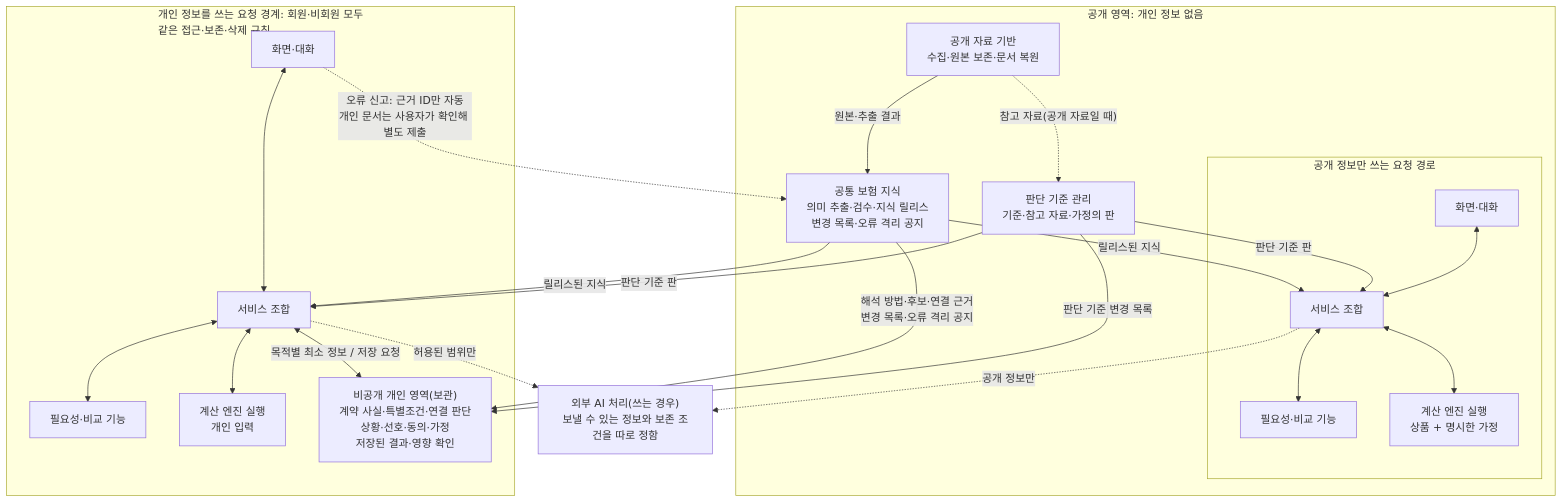
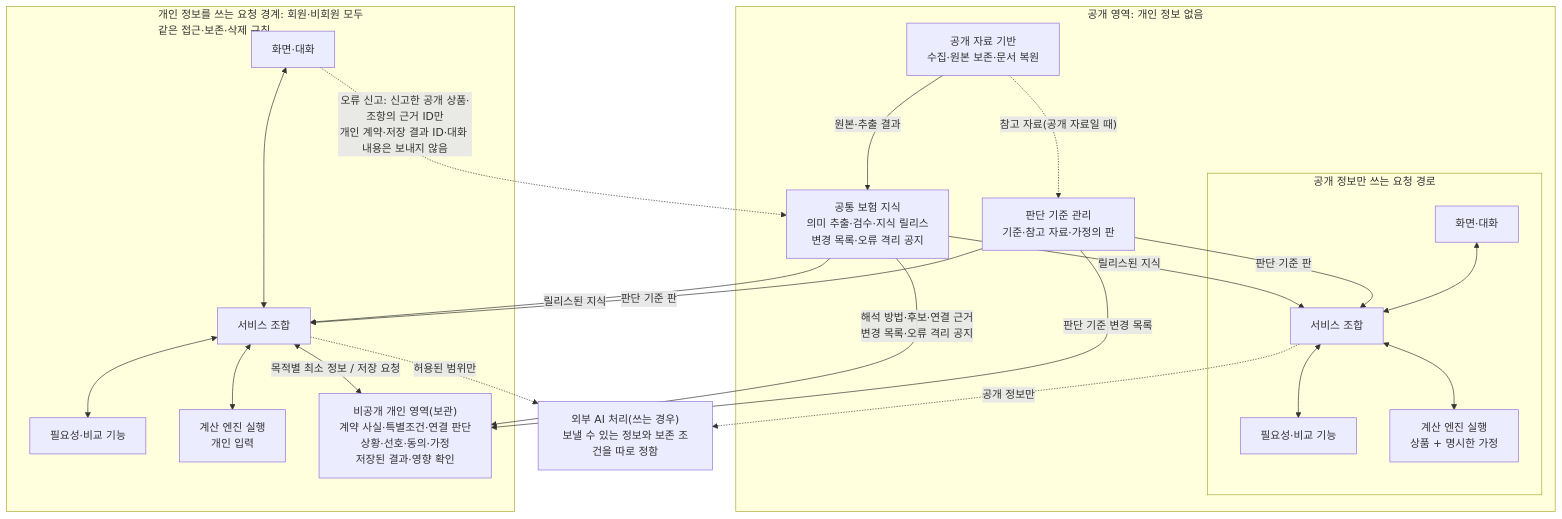
One commit to SUNBURN-Golden/ONJEON changed the diagram in docs/blueprint/proposals/전체_구조_1차_정리.md. Above: the diagram before and after it, drawn with Mermaid. The commit also changed other lines of this file and 8 other files, not shown here.

````diff
--- a/docs/blueprint/proposals/전체_구조_1차_정리.md
+++ b/docs/blueprint/proposals/전체_구조_1차_정리.md
@@ -11,41 +13,41 @@
 ```mermaid
 flowchart TB
   subgraph PUB["공개 영역: 개인 정보 없음"]
     A["공개 자료 기반<br/>수집·원본 보존·문서 복원"]
     B["공통 보험 지식<br/>의미 추출·검수·지식 릴리스<br/>변경 목록·오류 격리 공지"]
     C["판단 기준 관리<br/>기준·참고 자료·가정의 판"]
     subgraph PUBREQ["공개 정보만 쓰는 요청 경로"]
       H1["화면·대화"]
       G1["서비스 조합"]
       F1["필요성·비교 기능"]
       D1["계산 엔진 실행<br/>상품 + 명시한 가정"]
     end
   end
   subgraph PRB["개인 정보를 쓰는 요청 경계: 회원·비회원 모두<br/>같은 접근·보존·삭제 규칙"]
     H2["화면·대화"]
     G2["서비스 조합"]
     F2["필요성·비교 기능"]
     D2["계산 엔진 실행<br/>개인 입력"]
     E["비공개 개인 영역(보관)<br/>계약 사실·특별조건·연결 판단<br/>상황·선호·동의·가정<br/>저장된 결과·영향 확인"]
   end
   X["외부 AI 처리(쓰는 경우)<br/>보낼 수 있는 정보와 보존 조건을 따로 정함"]
 
   A -->|"원본·추출 결과"| B
   A -.->|"참고 자료(공개 자료일 때)"| C
   B -->|"릴리스된 지식"| G1
   C -->|"판단 기준 판"| G1
   H1 <--> G1
   G1 <--> F1
   G1 <--> D1
   B -->|"릴리스된 지식"| G2
   C -->|"판단 기준 판"| G2
   B -->|"해석 방법·후보·연결 근거<br/>변경 목록·오류 격리 공지"| E
   C -->|"판단 기준 변경 목록"| E
   H2 <--> G2
   G2 <--> F2
   G2 <--> D2
   G2 <-->|"목적별 최소 정보 / 저장 요청"| E
   G1 -.->|"공개 정보만"| X
   G2 -.->|"허용된 범위만"| X
-  H2 -.->|"오류 신고: 근거 ID만 자동<br/>개인 문서는 사용자가 확인해 별도 제출"| B
+  H2 -.->|"오류 신고: 신고한 공개 상품·조항의 근거 ID만<br/>개인 계약·저장 결과 ID·대화 내용은 보내지 않음"| B
 ```
````
